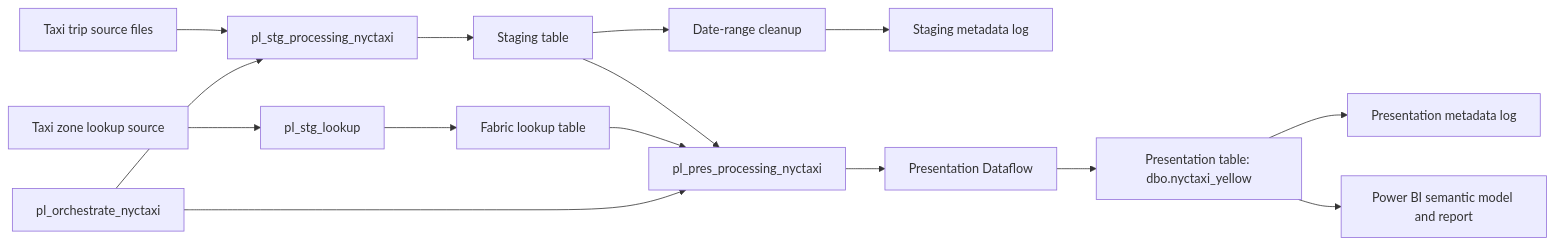
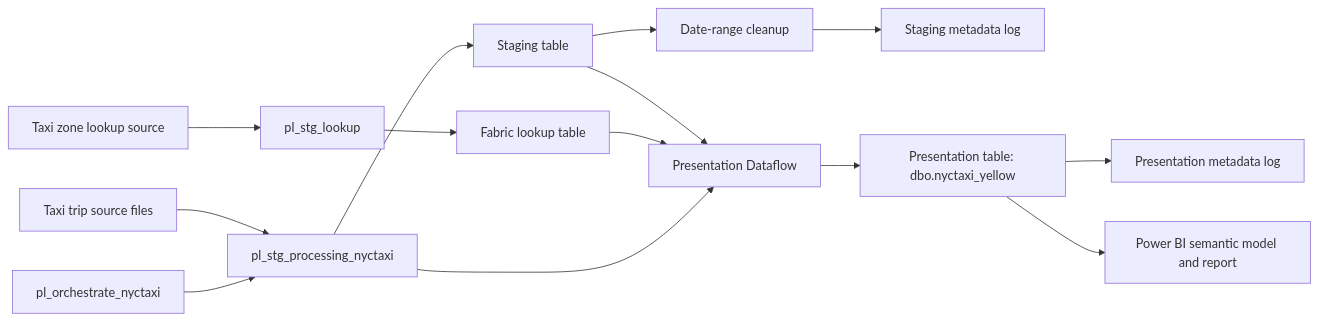
The second of 2 diagrams in README.md (uday-tiwari21/nyc-taxi-fabric-project), drawn with Mermaid before and after one commit.

Commit message:
Update pipeline diagram labels in README.md

````diff
--- a/README.md
+++ b/README.md
@@ -159,20 +159,19 @@
 ```mermaid
 flowchart LR
     A[Taxi zone lookup source] --> B[pl_stg_lookup]
     B --> C[Fabric lookup table]
 
     D[Taxi trip source files] --> E[pl_stg_processing_nyctaxi]
     E --> F[Staging table]
     F --> G[Date-range cleanup]
     G --> H[Staging metadata log]
 
-    F --> I[pl_pres_processing_nyctaxi]
+    F --> I[Presentation Dataflow]
     C --> I
-    I --> J[Presentation Dataflow]
-    J --> K[Presentation table: dbo.nyctaxi_yellow]
-    K --> L[Presentation metadata log]
-    K --> M[Power BI semantic model and report]
+    I --> J[Presentation table: dbo.nyctaxi_yellow]
+    J --> K[Presentation metadata log]
+    J --> L[Power BI semantic model and report]
 
-    N[pl_orchestrate_nyctaxi] --> E
-    N --> I
+    M[pl_orchestrate_nyctaxi] --> E
+    E --> I
 ```
````
